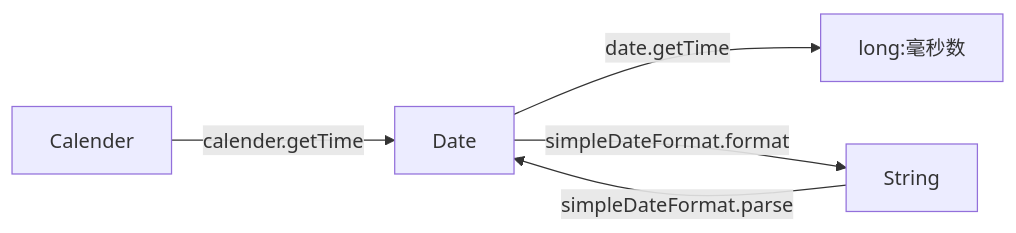
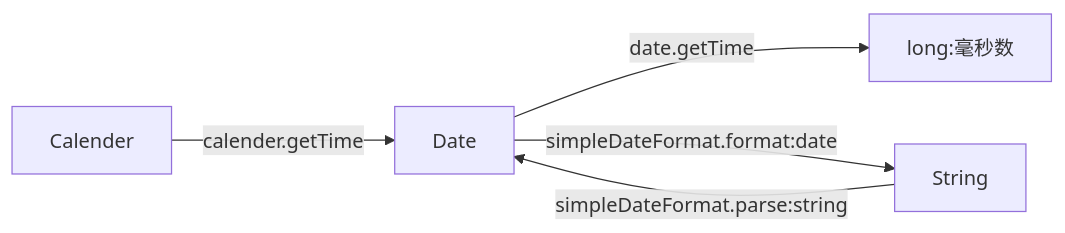
The first of 2 diagrams in Java基础/C常用类和基础API.md (RonLee33/obsidian_note), drawn with Mermaid before and after one commit. The commit also changed other lines of this file, not shown here.

````diff
--- a/Java基础/C常用类和基础API.md
+++ b/Java基础/C常用类和基础API.md
@@ -480,8 +535,8 @@
 ```mermaid
 flowchart LR
     Calender -->|calender.getTime| Date
 
     Date -->|date.getTime| long:毫秒数
 
-    Date -->|simpleDateFormat.format| String -->|simpleDateFormat.parse| Date
+    Date -->|simpleDateFormat.format:date| String -->|simpleDateFormat.parse:string| Date
 ```
````
